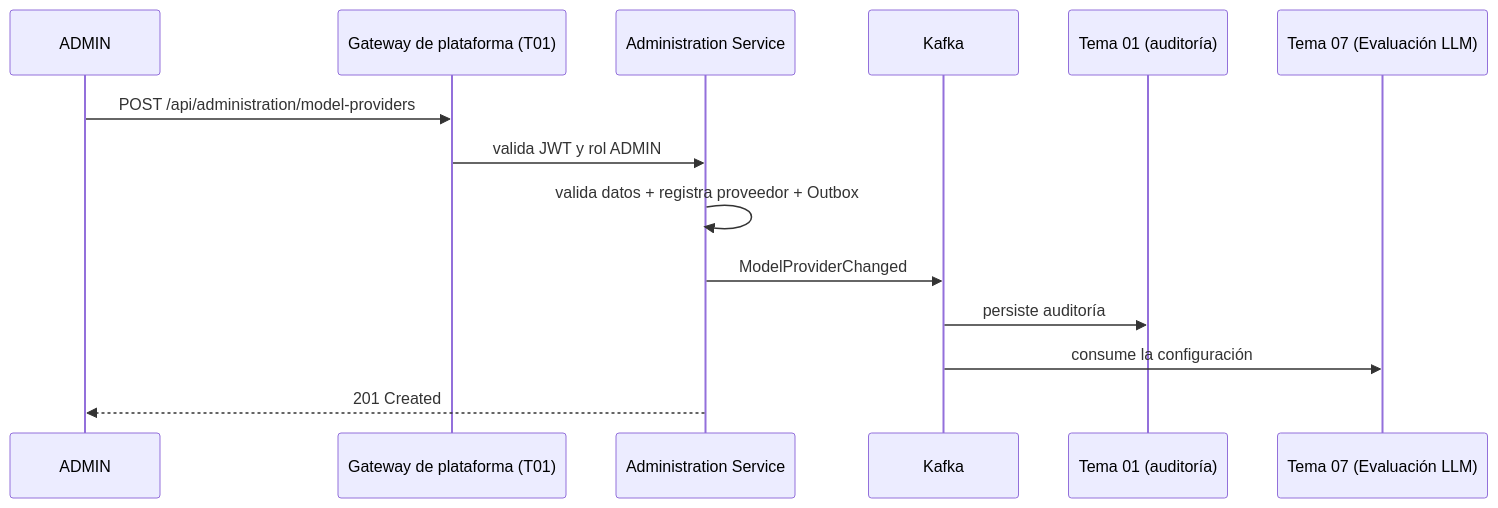
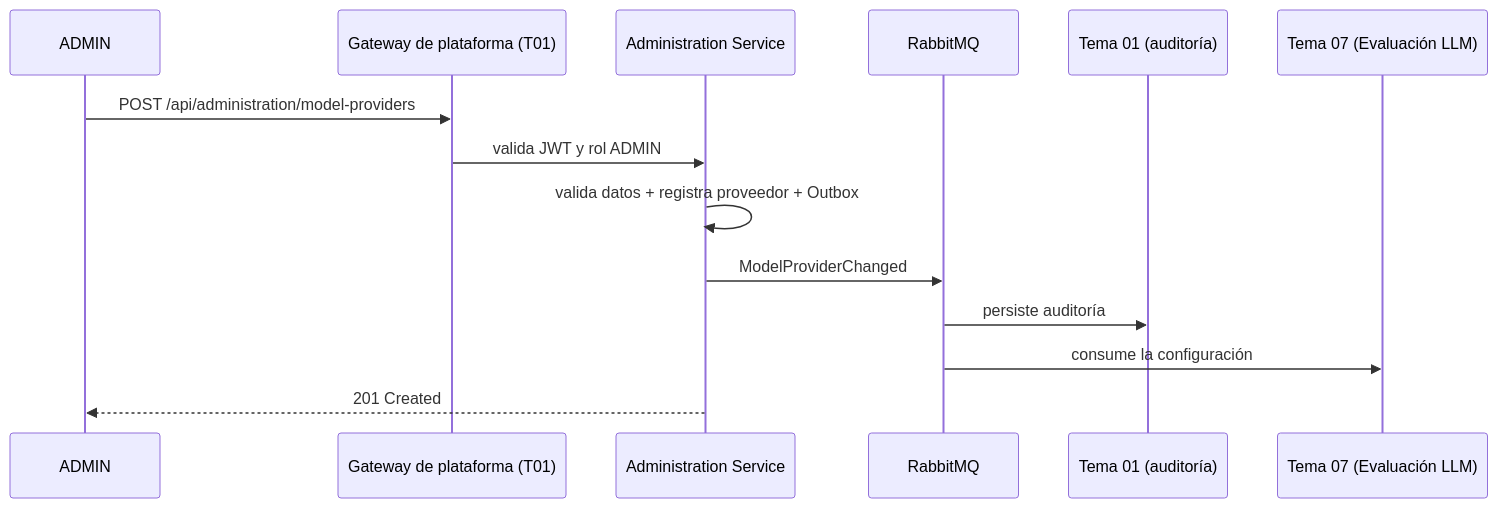
The fifth of 6 diagrams in docs/backend/arquitectura/comunicacion.md (2W2-114324-Carballo-Juarez-Mateo/backoffice-docs), drawn with Mermaid before and after one commit. The commit also changed other lines of this file and 18 other files, not shown here.

````diff
--- a/docs/backend/arquitectura/comunicacion.md
+++ b/docs/backend/arquitectura/comunicacion.md
@@ -141,17 +141,17 @@
 ```mermaid
 sequenceDiagram
     participant A as ADMIN
     participant GW as Gateway de plataforma (T01)
     participant AD as Administration Service
-    participant K as Kafka
+    participant K as RabbitMQ
     participant T01 as Tema 01 (auditoría)
     participant T07 as Tema 07 (Evaluación LLM)
 
     A->>GW: POST /api/administration/model-providers
     GW->>AD: valida JWT y rol ADMIN
     AD->>AD: valida datos + registra proveedor + Outbox
     AD->>K: ModelProviderChanged
     K->>T01: persiste auditoría
     K->>T07: consume la configuración
     AD-->>A: 201 Created
 ```
````
